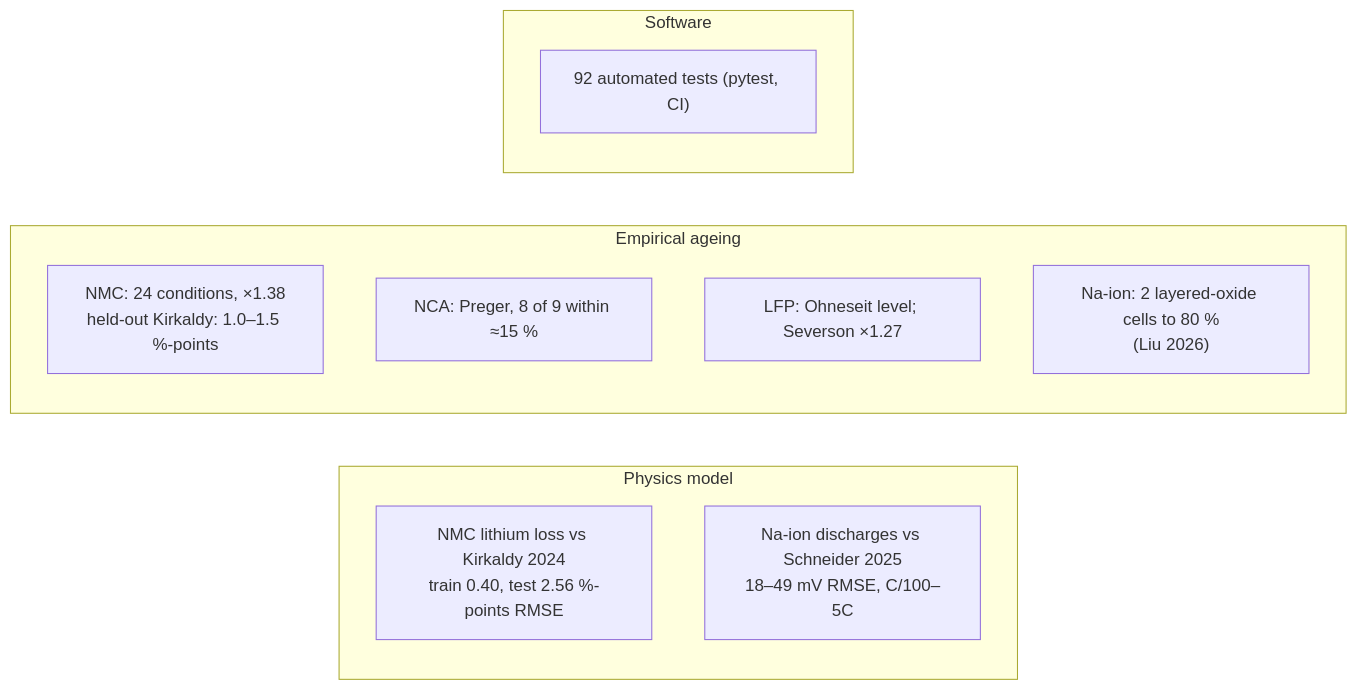
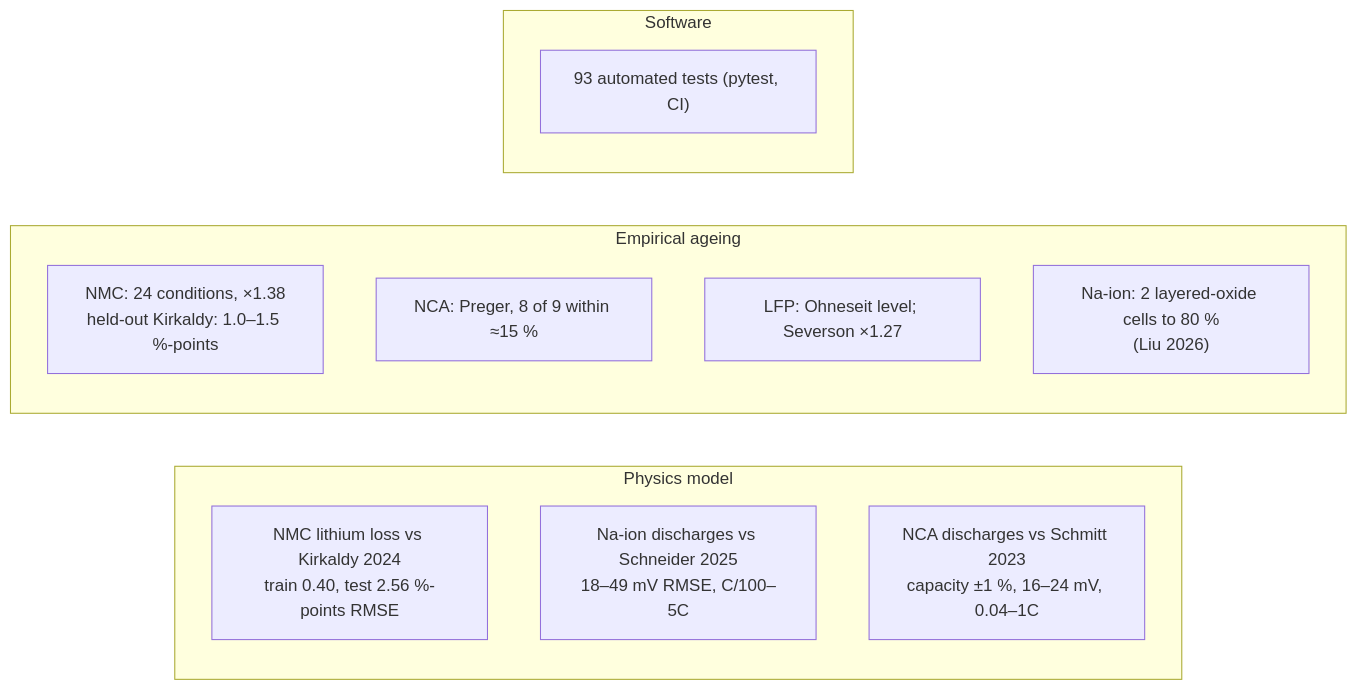
Diagram 12 of 12 in README.md (TheJohn01/DigitalTwinBattery), drawn with Mermaid before and after one commit. The commit also changed other lines of this file and 16 other files, not shown here.

````diff
--- a/README.md
+++ b/README.md
@@ -1324,16 +1323,17 @@
 ```mermaid
 flowchart LR
     subgraph PHY["Physics model"]
         V1["NMC lithium loss vs Kirkaldy 2024<br/>train 0.40, test 2.56 %-points RMSE"]
         V0["Na-ion discharges vs Schneider 2025<br/>18–49 mV RMSE, C/100–5C"]
+        V7["NCA discharges vs Schmitt 2023<br/>capacity ±1 %, 16–24 mV, 0.04–1C"]
     end
     subgraph EMP["Empirical ageing"]
         V2["NMC: 24 conditions, ×1.38<br/>held-out Kirkaldy: 1.0–1.5 %-points"]
         V3["NCA: Preger, 8 of 9 within ≈15 %"]
         V4["LFP: Ohneseit level; Severson ×1.27"]
         V5["Na-ion: 2 layered-oxide cells to 80 %<br/>(Liu 2026)"]
     end
     subgraph SW["Software"]
-        V6["92 automated tests (pytest, CI)"]
+        V6["93 automated tests (pytest, CI)"]
     end
 ```
````
